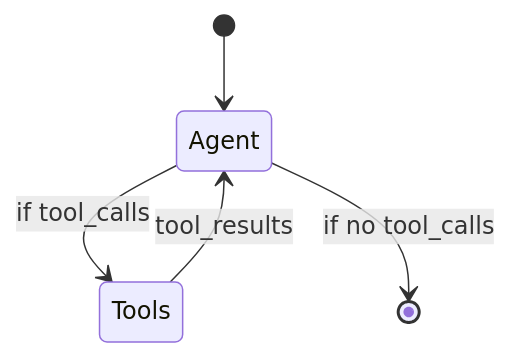
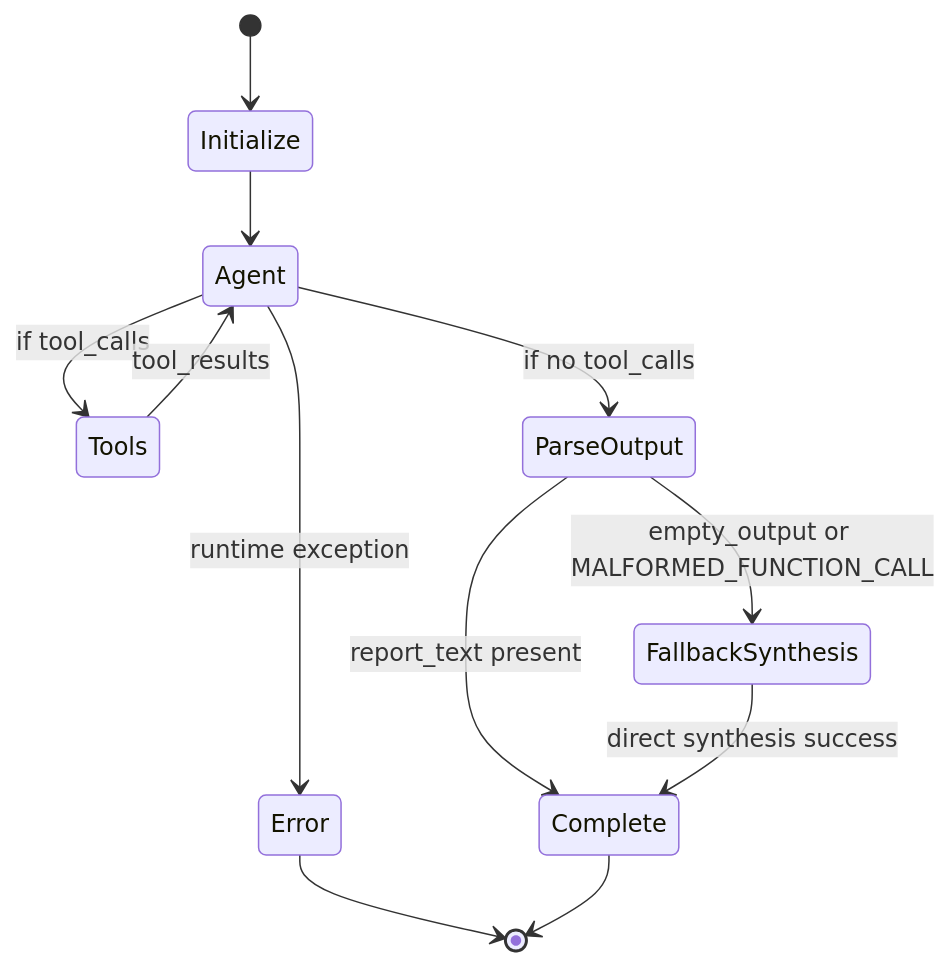
The diagram in diagrams/agent_loop.mmd (Muzammil-Elahi/Real-Time-Research-Agent), drawn with Mermaid before and after one commit. The commit also changed 1 other file, not shown here.

Commit message:
Enhance agent loop and architecture diagrams to improve workflow clarity and error handling adn to reflect upgrade to gemini 3

```diff
--- a/diagrams/agent_loop.mmd
+++ b/diagrams/agent_loop.mmd
@@ -1,5 +1,15 @@
 stateDiagram-v2
-  [*] --> Agent
+  [*] --> Initialize
+  Initialize --> Agent
+
   Agent --> Tools: if tool_calls
   Tools --> Agent: tool_results
-  Agent --> [*]: if no tool_calls
+
+  Agent --> ParseOutput: if no tool_calls
+  ParseOutput --> Complete: report_text present
+  ParseOutput --> FallbackSynthesis: empty_output or MALFORMED_FUNCTION_CALL
+  FallbackSynthesis --> Complete: direct synthesis success
+
+  Agent --> Error: runtime exception
+  Error --> [*]
+  Complete --> [*]
```
